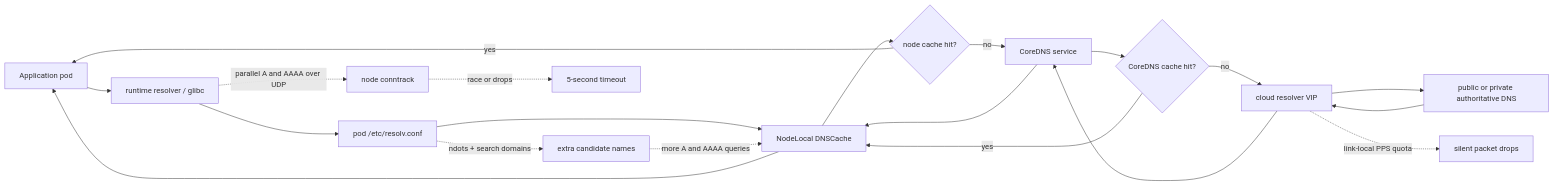
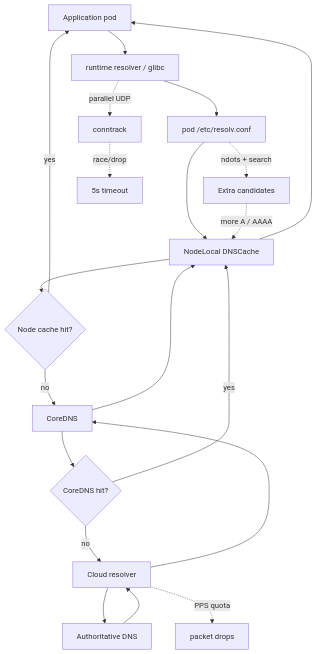
Before and after one commit to chunyang-wen/chunyang-wen.github.io: the fourth of 5 diagrams in _posts/2026/2026-06-08-deep-dive-into-dns-architecture-hijacks-and-timeouts.md, drawn with Mermaid. The commit also changed other lines of this file, not shown here.

Commit message:
Compact DNS Mermaid diagrams

````diff
--- a/_posts/2026/2026-06-08-deep-dive-into-dns-architecture-hijacks-and-timeouts.md
+++ b/_posts/2026/2026-06-08-deep-dive-into-dns-architecture-hijacks-and-timeouts.md
@@ -217,23 +217,23 @@
 ```mermaid
-flowchart LR
+flowchart TB
     pod["Application pod"] --> libc["runtime resolver / glibc"]
     libc --> podresolv["pod /etc/resolv.conf"]
     podresolv --> nodelocal["NodeLocal DNSCache"]
-    nodelocal --> nodecache{"node cache hit?"}
+    nodelocal --> nodecache{"Node cache hit?"}
     nodecache -- "yes" --> pod
-    nodecache -- "no" --> coredns["CoreDNS service"]
-    coredns --> corecache{"CoreDNS cache hit?"}
+    nodecache -- "no" --> coredns["CoreDNS"]
+    coredns --> corecache{"CoreDNS hit?"}
     corecache -- "yes" --> nodelocal
-    corecache -- "no" --> cloud["cloud resolver VIP"]
-    cloud --> authoritative["public or private authoritative DNS"]
+    corecache -- "no" --> cloud["Cloud resolver"]
+    cloud --> authoritative["Authoritative DNS"]
     authoritative --> cloud
     cloud --> coredns
     coredns --> nodelocal
     nodelocal --> pod
 
-    podresolv -. "ndots + search domains" .-> extra["extra candidate names"]
-    extra -. "more A and AAAA queries" .-> nodelocal
-    libc -. "parallel A and AAAA over UDP" .-> conntrack["node conntrack"]
-    conntrack -. "race or drops" .-> timeout["5-second timeout"]
-    cloud -. "link-local PPS quota" .-> drops["silent packet drops"]
+    podresolv -. "ndots + search" .-> extra["Extra candidates"]
+    extra -. "more A / AAAA" .-> nodelocal
+    libc -. "parallel UDP" .-> conntrack["conntrack"]
+    conntrack -. "race/drop" .-> timeout["5s timeout"]
+    cloud -. "PPS quota" .-> drops["packet drops"]
 ```
````
